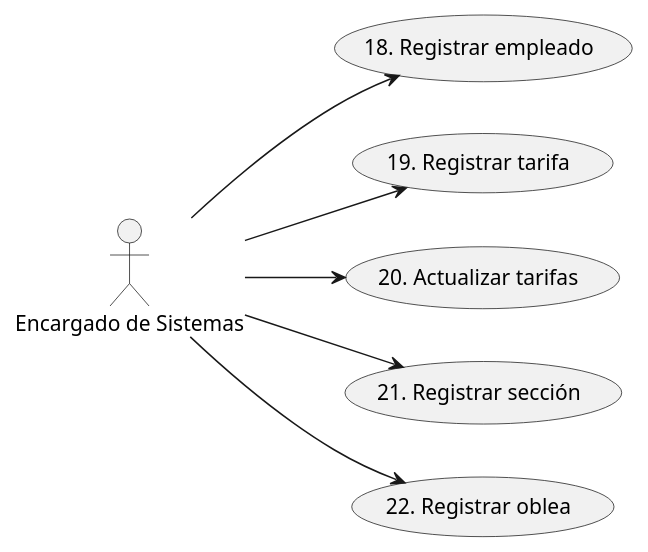
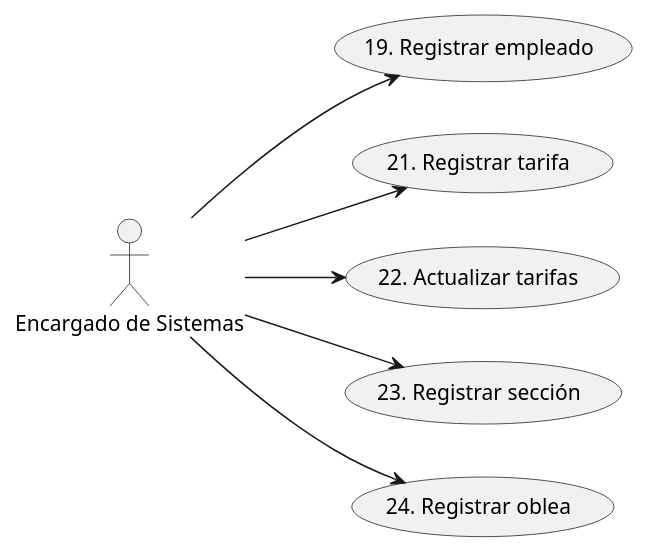
Before and after one commit to JulianFermani/TPI2024-CA13: the third of 3 diagrams in Diagramas.plantuml, drawn with PlantUML. The commit also changed other lines of this file, not shown here.

```diff
--- a/Diagramas.plantuml
+++ b/Diagramas.plantuml
@@ -224,9 +234,9 @@
 @startuml Diagrama_casos_de_uso_de_soporte
 left to right direction
 :Encargado de Sistemas: as IT
-IT --> (18. Registrar empleado)
-IT --> (19. Registrar tarifa)
-IT --> (20. Actualizar tarifas)
-IT --> (21. Registrar sección)
-IT --> (22. Registrar oblea)
+IT --> (19. Registrar empleado)
+IT --> (21. Registrar tarifa)
+IT --> (22. Actualizar tarifas)
+IT --> (23. Registrar sección)
+IT --> (24. Registrar oblea)
 @enduml
```
